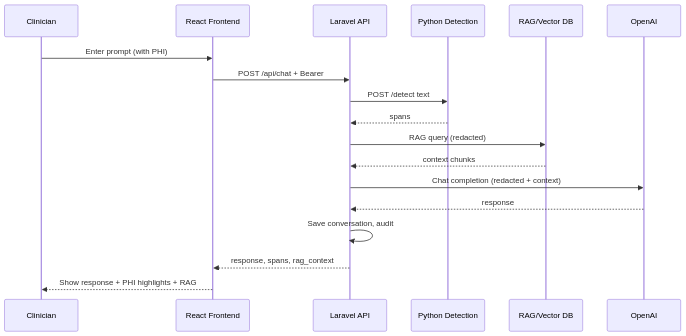
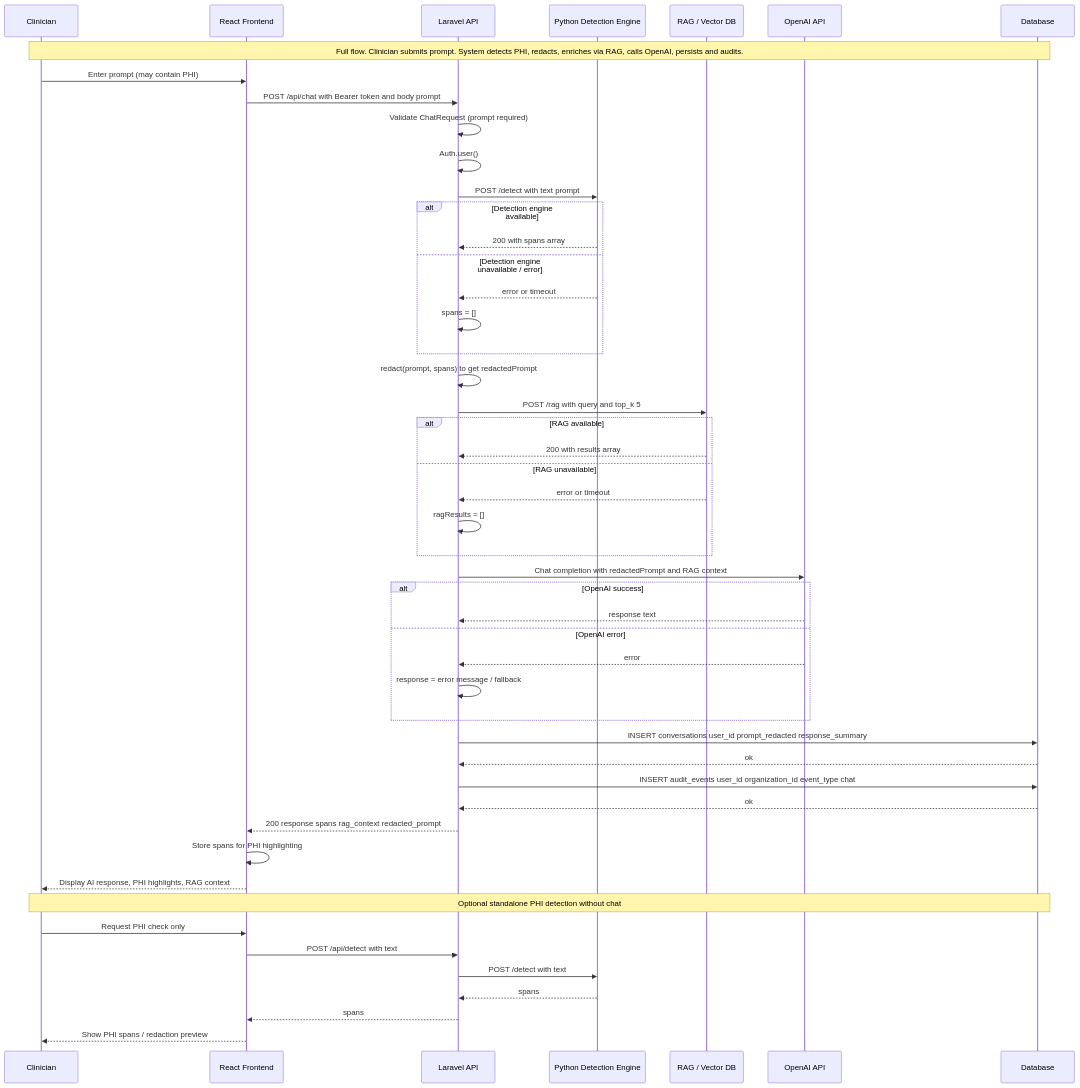
One commit to me12free/clinguard-ai-shield changed the diagram in docs/Diagrams/sequence.mmd. Above: the diagram before and after it, drawn with Mermaid. The commit also changed 50 other files, not shown here.

First line of the commit message:
docs: add detailed diagrams and logical schema documentation for ClinGuard

```diff
--- a/docs/Diagrams/sequence.mmd
+++ b/docs/Diagrams/sequence.mmd
@@ -1,19 +1,67 @@
-%% ClinGuard Sequence – Prompt with PHI detection, RAG, OpenAI (OOAD - Analysis)
+%% ClinGuard Sequence Diagram (OOAD – Analysis)
+%% Full chat flow: validation, auth, PHI detection, redaction, RAG, OpenAI, persistence, audit, response.
+%% UML: participants, lifelines, synchronous messages (->>), replies (-->>), self-calls, alt for errors.
+
 sequenceDiagram
   participant C as Clinician
   participant F as React Frontend
   participant L as Laravel API
-  participant D as Python Detection
-  participant R as RAG/Vector DB
-  participant O as OpenAI
-  C->>F: Enter prompt (with PHI)
-  F->>L: POST /api/chat + Bearer
-  L->>D: POST /detect text
+  participant D as Python Detection Engine
+  participant R as RAG / Vector DB
+  participant O as OpenAI API
+  participant DB as Database
+
+  Note over C, DB: Full flow. Clinician submits prompt. System detects PHI, redacts, enriches via RAG, calls OpenAI, persists and audits.
+
+  C->>F: Enter prompt (may contain PHI)
+  F->>L: POST /api/chat with Bearer token and body prompt
+
+  L->>L: Validate ChatRequest (prompt required)
+  L->>L: Auth.user()
+
+  L->>D: POST /detect with text prompt
+
+  alt Detection engine available
+    D-->>L: 200 with spans array
+  else Detection engine unavailable / error
+    D-->>L: error or timeout
+    L->>L: spans = []
+  end
+
+  L->>L: redact(prompt, spans) to get redactedPrompt
+
+  L->>R: POST /rag with query and top_k 5
+
+  alt RAG available
+    R-->>L: 200 with results array
+  else RAG unavailable
+    R-->>L: error or timeout
+    L->>L: ragResults = []
+  end
+
+  L->>O: Chat completion with redactedPrompt and RAG context
+
+  alt OpenAI success
+    O-->>L: response text
+  else OpenAI error
+    O-->>L: error
+    L->>L: response = error message / fallback
+  end
+
+  L->>DB: INSERT conversations user_id prompt_redacted response_summary
+  DB-->>L: ok
+
+  L->>DB: INSERT audit_events user_id organization_id event_type chat
+  DB-->>L: ok
+
+  L-->>F: 200 response spans rag_context redacted_prompt
+  F->>F: Store spans for PHI highlighting
+  F-->>C: Display AI response, PHI highlights, RAG context
+
+  Note over C, DB: Optional standalone PHI detection without chat
+  C->>F: Request PHI check only
+  F->>L: POST /api/detect with text
+  L->>D: POST /detect with text
   D-->>L: spans
-  L->>R: RAG query (redacted)
-  R-->>L: context chunks
-  L->>O: Chat completion (redacted + context)
-  O-->>L: response
-  L->>L: Save conversation, audit
-  L-->>F: response, spans, rag_context
-  F-->>C: Show response + PHI highlights + RAG
+  L-->>F: spans
+  F-->>C: Show PHI spans / redaction preview
```
